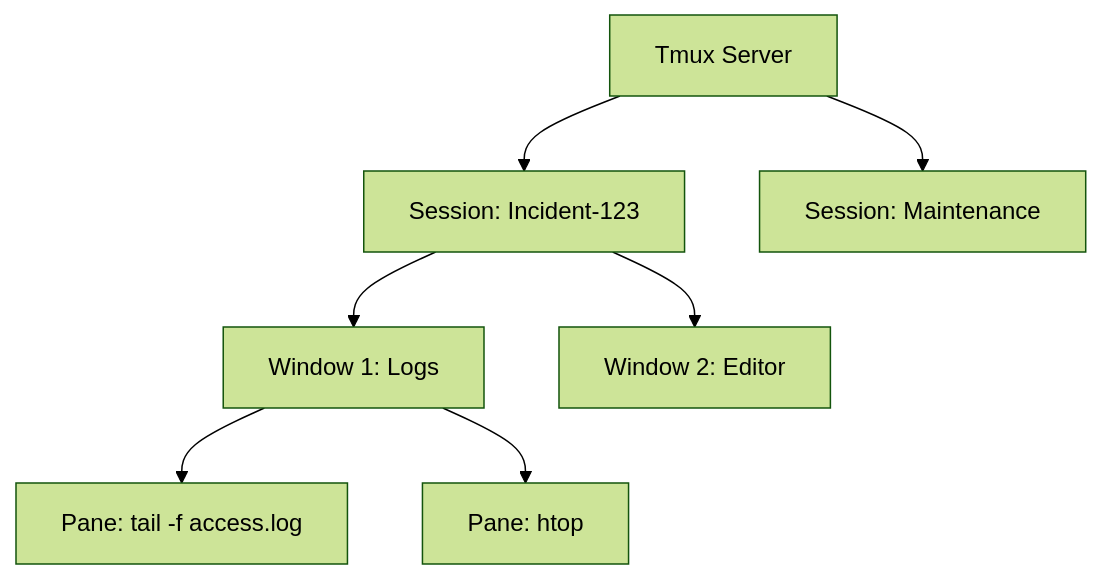
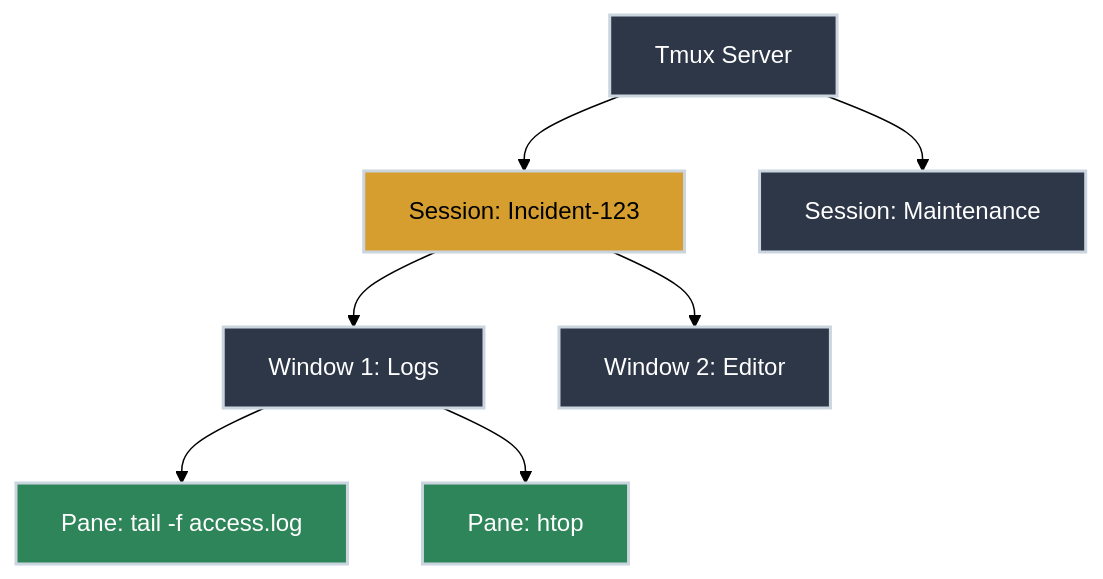
One commit to bradpenney/exploring_software_development_tools changed the diagram in docs/efficiency/tmux.md. Above: the diagram before and after it, drawn with Mermaid (forest theme). The commit also changed other lines of this file and 28 other files, not shown here.

````diff
--- a/docs/efficiency/tmux.md
+++ b/docs/efficiency/tmux.md
@@ -19,11 +71,19 @@
 ```mermaid
 graph TD
     Server[Tmux Server] --> SessionA[Session: Incident-123]
     Server --> SessionB[Session: Maintenance]
-    
+
     SessionA --> Win1[Window 1: Logs]
     SessionA --> Win2[Window 2: Editor]
-    
+
     Win1 --> Pane1[Pane: tail -f access.log]
     Win1 --> Pane2[Pane: htop]
+
+    style Server fill:#2d3748,stroke:#cbd5e0,stroke-width:2px,color:#fff
+    style SessionA fill:#d69e2e,stroke:#cbd5e0,stroke-width:2px,color:#000
+    style SessionB fill:#2d3748,stroke:#cbd5e0,stroke-width:2px,color:#fff
+    style Win1 fill:#2d3748,stroke:#cbd5e0,stroke-width:2px,color:#fff
+    style Win2 fill:#2d3748,stroke:#cbd5e0,stroke-width:2px,color:#fff
+    style Pane1 fill:#2f855a,stroke:#cbd5e0,stroke-width:2px,color:#fff
+    style Pane2 fill:#2f855a,stroke:#cbd5e0,stroke-width:2px,color:#fff
 ```
````
